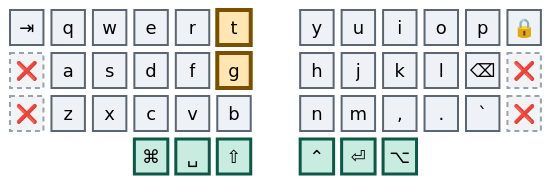
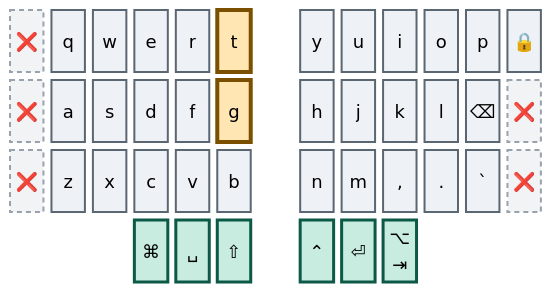
Before and after one commit to abloch/zmk-corne: the first of 41 diagrams in combos.md, drawn with Mermaid. The commit also changed other lines of this file and 5 other files, not shown here.

````diff
--- a/combos.md
+++ b/combos.md
@@ -25,21 +25,21 @@
 ```mermaid
 %%{init: {'theme':'base','themeVariables':{'primaryColor':'#eef1f5','primaryTextColor':'#0b0f14','primaryBorderColor':'#5b6673','nodeTextColor':'#0b0f14','textColor':'#0b0f14','mainBkg':'#eef1f5','fontSize':'18px'}}}%%
 block
 columns 13
 
-  tab["⇥"] q w e r t space y u i o p lock["🔒"]
+  tab["❌"] q w e r t space y u i o p lock["🔒"]
   x4["❌"] a s d f g space h j k l bspc["⌫"] x1["❌"]
   x2["❌"] z x c v b space n m cma[","] dot["."] grv[" `"] x3["❌"]
-  space:3 cmd["⌘"] spc["␣"] sft["⇧"] space ctl["⌃"] ent["⏎"] alt["⌥"] space:3
+  space:3 cmd["⌘"] spc["␣"] sft["⇧"] space ctl["⌃"] ent["⏎"] alt["⌥<br/>⇥"] space:3
 
   classDef anchor fill:#bfe6f0,stroke:#0a4f63,stroke-width:4px,color:#04222b
   classDef trig fill:#ffe6b3,stroke:#7a5000,stroke-width:4px,color:#2e1e00
   classDef core fill:#eef1f5,stroke:#5b6673,stroke-width:2px,color:#0b0f14
   classDef thumb fill:#c8ece0,stroke:#0b5946,stroke-width:3px,color:#06241c
   classDef dead fill:#f2f3f5,stroke:#98a2ae,stroke-width:2px,stroke-dasharray:5 4,color:#5b6673
 
   class t,g trig
-  class tab,q,w,e,r,y,u,i,o,p,lock,a,s,d,f,h,j,k,l,bspc,z,x,c,v,b,n,m,cma,dot,grv core
+  class q,w,e,r,y,u,i,o,p,lock,a,s,d,f,h,j,k,l,bspc,z,x,c,v,b,n,m,cma,dot,grv core
   class cmd,spc,sft,ctl,ent,alt thumb
-  class x1,x2,x3,x4 dead
+  class tab,x1,x2,x3,x4 dead
 ```
````
